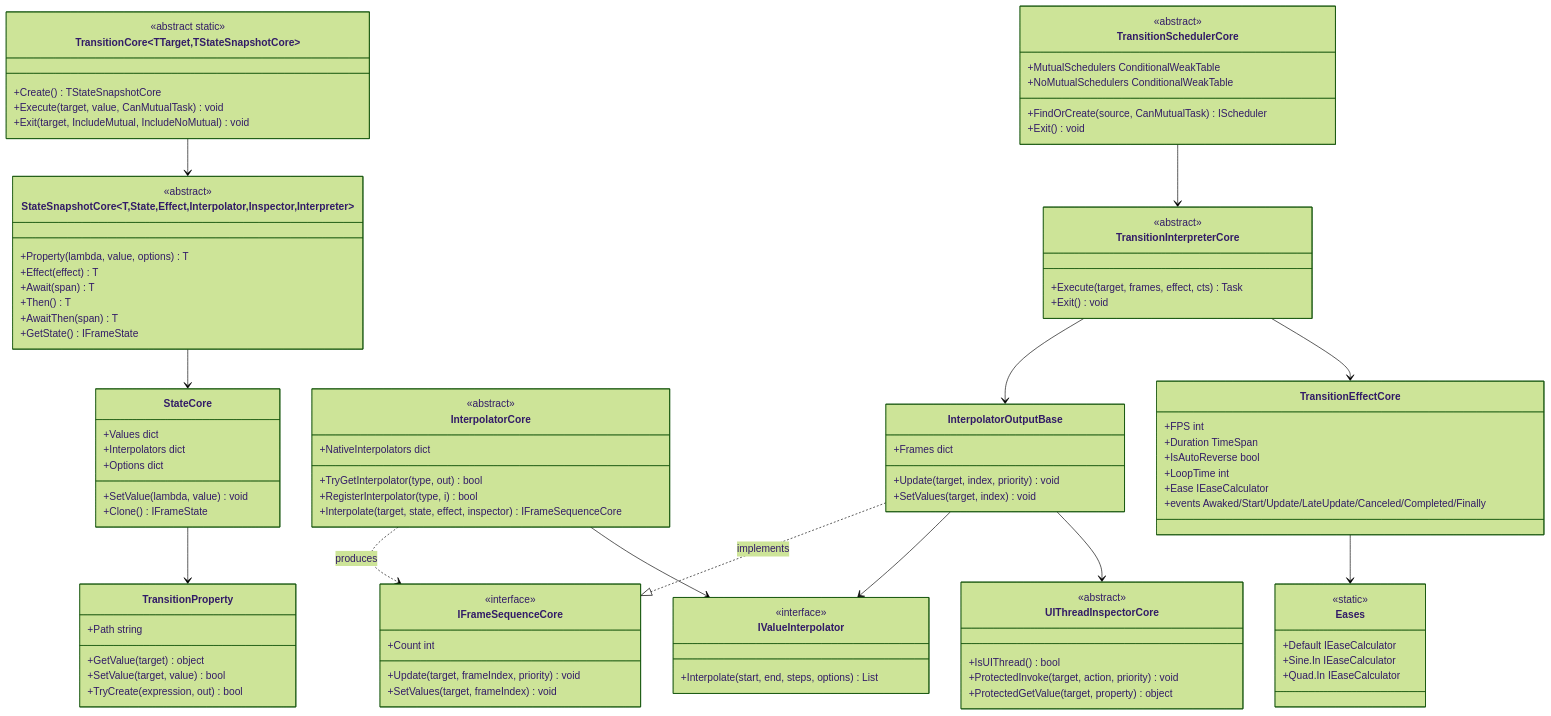
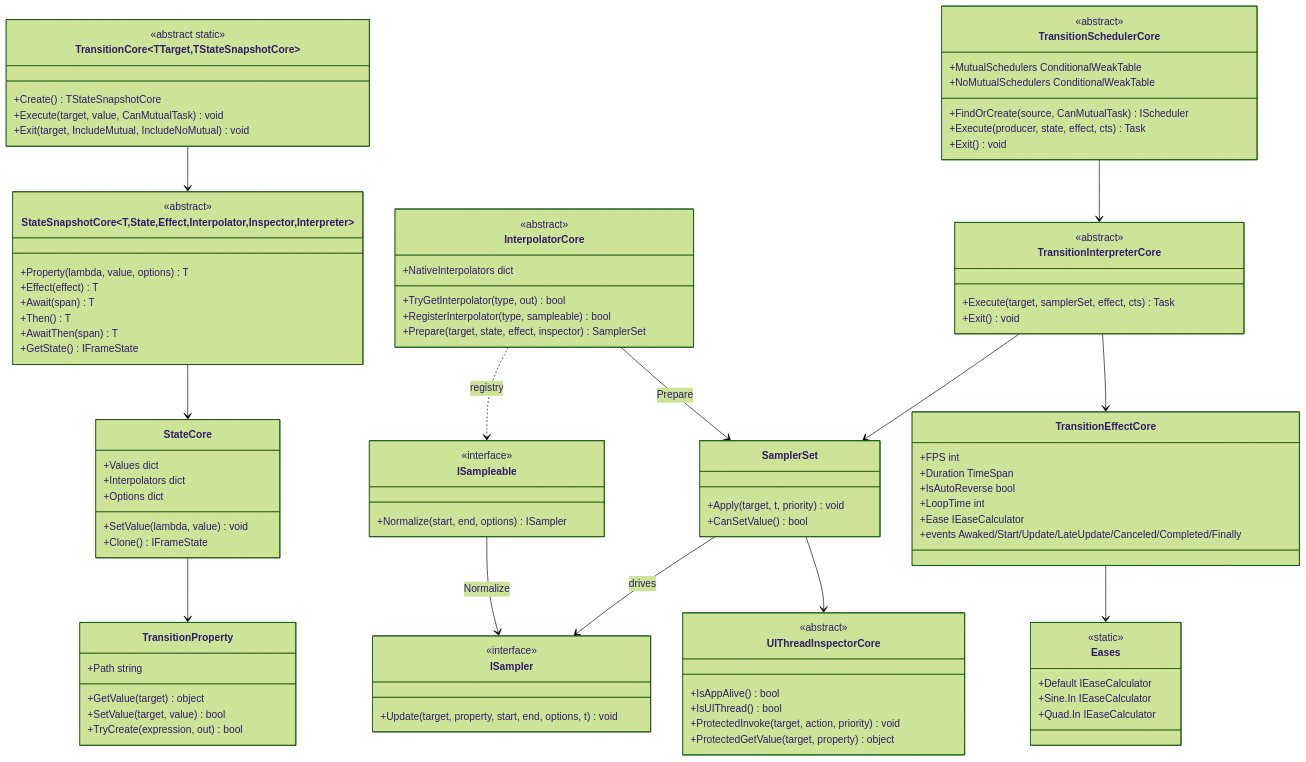
Before and after one commit to Axvser/VeloxDev.Docs: the diagram in src/CloudGlyph/Assets/Docs/content/zh/3_SE分析/02_设计模式分析/03_过渡动画/index.md, drawn with Mermaid (forest theme). The commit also changed other lines of this file and 41 other files, not shown here.

First line of the commit message:
docs(transition): update for stateless sampler semantics (ISampler/ISampleable, SamplerSet)

````diff
--- a/src/CloudGlyph/Assets/Docs/content/zh/3_SE分析/02_设计模式分析/03_过渡动画/index.md
+++ b/src/CloudGlyph/Assets/Docs/content/zh/3_SE分析/02_设计模式分析/03_过渡动画/index.md
@@ -34,18 +34,20 @@
         <<abstract>>
         +NativeInterpolators dict
         +TryGetInterpolator(type, out) bool
-        +RegisterInterpolator(type, i) bool
-        +Interpolate(target, state, effect, inspector) IFrameSequenceCore
+        +RegisterInterpolator(type, sampleable) bool
+        +Prepare(target, state, effect, inspector) SamplerSet
     }
-    class IValueInterpolator {
+    class ISampleable {
         <<interface>>
-        +Interpolate(start, end, steps, options) List
+        +Normalize(start, end, options) ISampler
     }
-    class IFrameSequenceCore {
+    class ISampler {
         <<interface>>
-        +Count int
-        +Update(target, frameIndex, priority) void
-        +SetValues(target, frameIndex) void
+        +Update(target, property, start, end, options, t) void
+    }
+    class SamplerSet {
+        +Apply(target, t, priority) void
+        +CanSetValue() bool
     }
     class TransitionEffectCore {
         +FPS int
@@ -66,20 +68,17 @@
         +MutualSchedulers ConditionalWeakTable
         +NoMutualSchedulers ConditionalWeakTable
         +FindOrCreate(source, CanMutualTask) IScheduler
+        +Execute(producer, state, effect, cts) Task
         +Exit() void
     }
     class TransitionInterpreterCore {
         <<abstract>>
-        +Execute(target, frames, effect, cts) Task
+        +Execute(target, samplerSet, effect, cts) Task
         +Exit() void
-    }
-    class InterpolatorOutputBase {
-        +Frames dict
-        +Update(target, index, priority) void
-        +SetValues(target, index) void
     }
     class UIThreadInspectorCore {
         <<abstract>>
+        +IsAppAlive() bool
         +IsUIThread() bool
         +ProtectedInvoke(target, action, priority) void
         +ProtectedGetValue(target, property) object
@@ -89,12 +88,12 @@
     StateSnapshotCore~T,State,Effect,Interpolator,Inspector,Interpreter~ --> StateCore
     StateCore --> TransitionProperty
     TransitionSchedulerCore --> TransitionInterpreterCore
-    TransitionInterpreterCore --> InterpolatorOutputBase
+    TransitionInterpreterCore --> SamplerSet
     TransitionInterpreterCore --> TransitionEffectCore
     TransitionEffectCore --> Eases
-    InterpolatorCore ..> IFrameSequenceCore : produces
-    InterpolatorOutputBase ..|> IFrameSequenceCore : implements
-    InterpolatorOutputBase --> IValueInterpolator
-    InterpolatorOutputBase --> UIThreadInspectorCore
-    InterpolatorCore --> IValueInterpolator
+    InterpolatorCore ..> ISampleable : registry
+    InterpolatorCore --> SamplerSet : Prepare
+    ISampleable --> ISampler : Normalize
+    SamplerSet --> ISampler : drives
+    SamplerSet --> UIThreadInspectorCore
 ```
````
